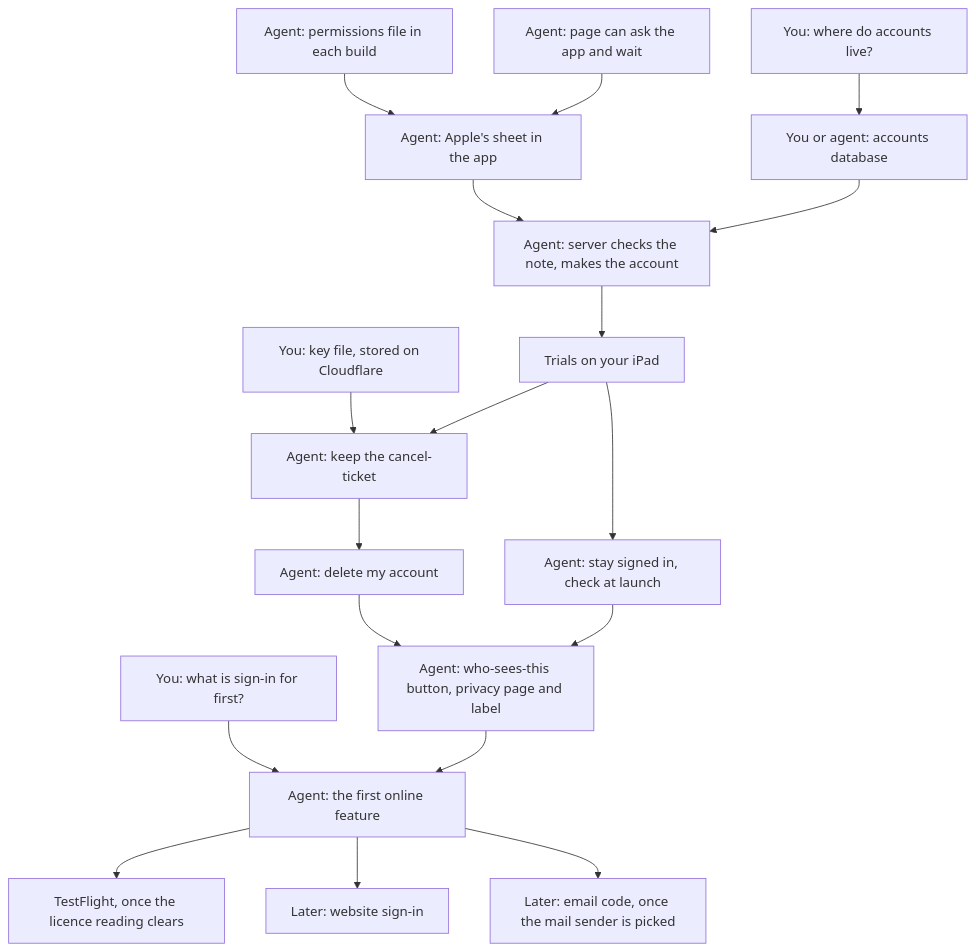
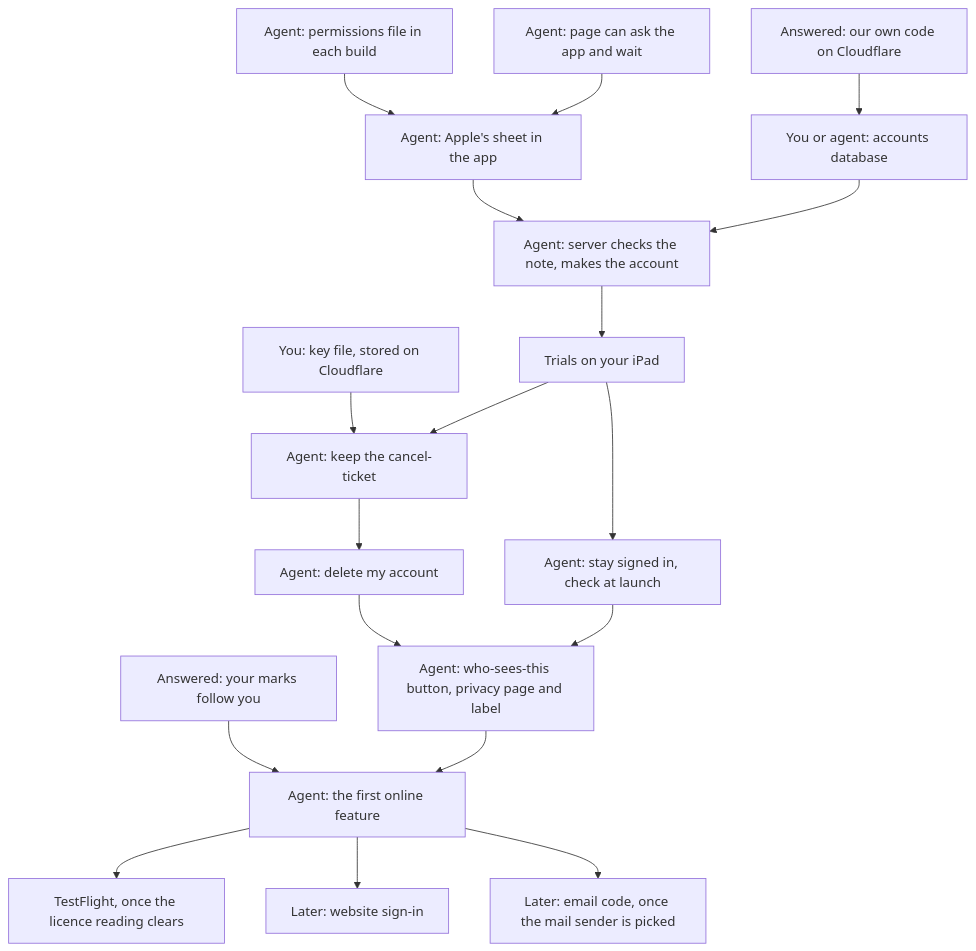
One commit to omars-lab/hifth changed the third of 3 diagrams in docs/design/sign-in.md. Above: the diagram before and after it, drawn with Mermaid. The commit also changed other lines of this file, not shown here.

First line of the commit message:
Mark the sign-in page's two owner answers as done in its step table

````diff
--- a/docs/design/sign-in.md
+++ b/docs/design/sign-in.md
@@ -163,20 +163,20 @@
 ```mermaid
 flowchart TD
-  Q1["You: what is sign-in for first?"] --> F
-  Q2["You: where do accounts live?"] --> DB
+  Q1["Answered: your marks follow you"] --> F
+  Q2["Answered: our own code on Cloudflare"] --> DB
   E["Agent: permissions file in each build"] --> SH
   BR["Agent: page can ask the app and wait"] --> SH
   SH["Agent: Apple's sheet in the app"] --> SV
   DB["You or agent: accounts database"] --> SV
   SV["Agent: server checks the note, makes the account"] --> T1["Trials on your iPad"]
   K["You: key file, stored on Cloudflare"] --> TK
   T1 --> TK["Agent: keep the cancel-ticket"]
   TK --> DEL["Agent: delete my account"]
   T1 --> KC["Agent: stay signed in, check at launch"]
   DEL --> PRIV["Agent: who-sees-this button, privacy page and label"]
   KC --> PRIV
   PRIV --> F["Agent: the first online feature"]
   F --> TF["TestFlight, once the licence reading clears"]
   F --> WEB["Later: website sign-in"]
   F --> MAIL["Later: email code, once the mail sender is picked"]
 ```
````
